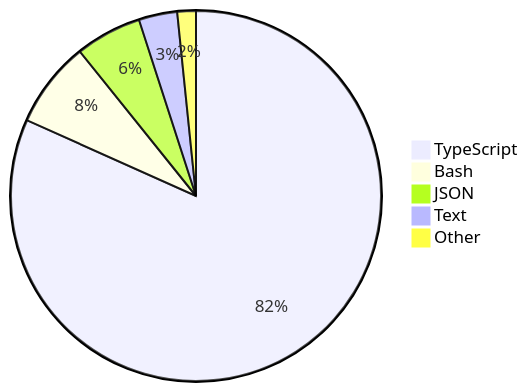
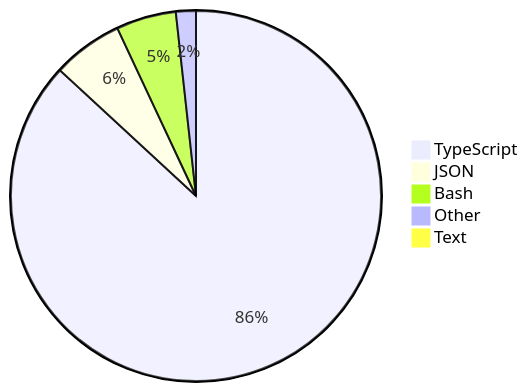
The diagram in README.md (skvggor/skvggor), drawn with Mermaid before and after one commit.

Commit message:
Updated waka-readme graph with new metrics

````diff
--- a/README.md
+++ b/README.md
@@ -16,8 +16,8 @@
 ```mermaid
 pie
-    "TypeScript" : 80.4
-    "Bash" : 7.4
-    "JSON" : 5.7
-    "Text" : 3.3
-    "Other" : 1.6
+    "TypeScript" : 84.7
+    "JSON" : 6.0
+    "Bash" : 5.1
+    "Other" : 1.7
+    "Text" : 0.9
 ```
````
